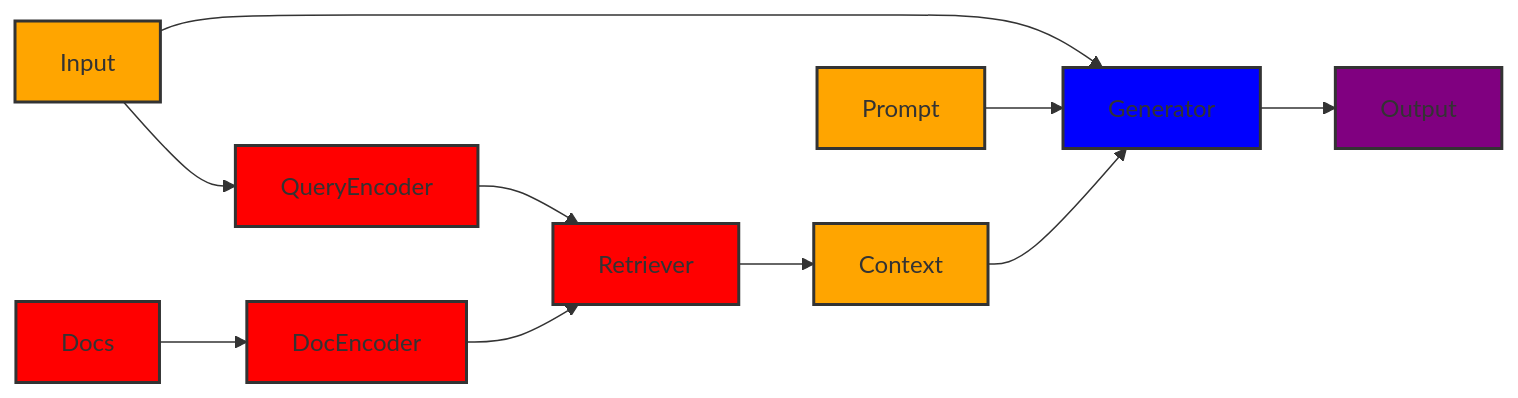
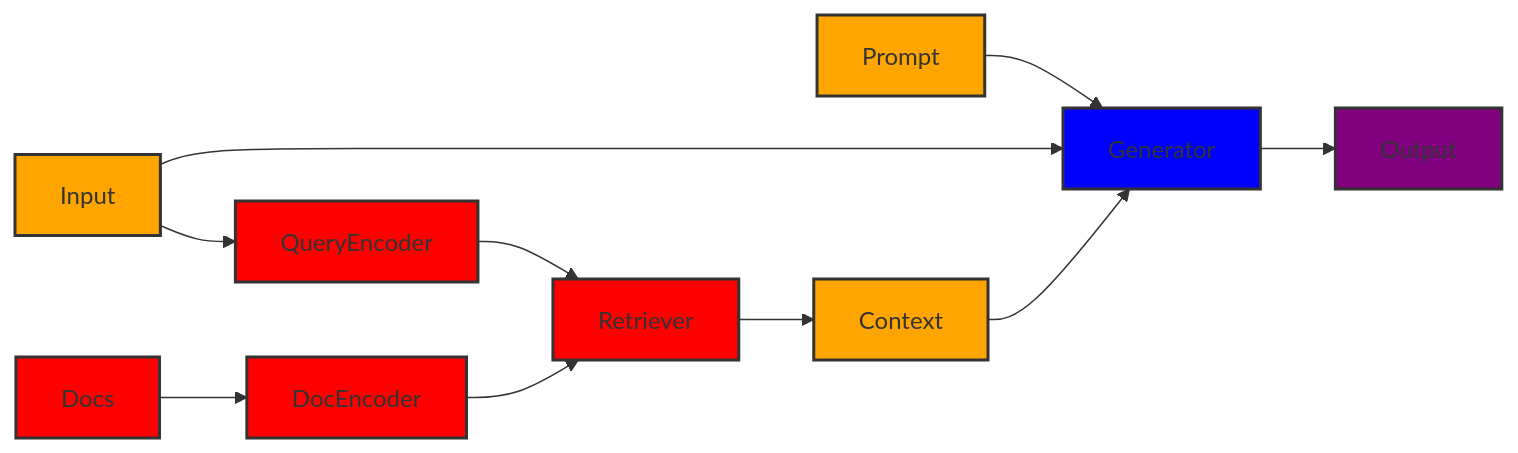
One commit to ianderrington/genai changed the second of 3 diagrams in docs/Understanding/agents/rag.md. Above: the diagram before and after it, drawn with Mermaid. The commit also changed other lines of this file, not shown here.

````diff
--- a/docs/Understanding/agents/rag.md
+++ b/docs/Understanding/agents/rag.md
@@ -27,24 +27,24 @@
 ```mermaid
 graph LR
     style Docs fill:#FF0000,stroke:#333,stroke-width:2px
     style QueryEncoder fill:#FF0000,stroke:#333,stroke-width:2px
     style DocEncoder fill:#FF0000,stroke:#333,stroke-width:2px
     style Retriever fill:#FF0000,stroke:#333,stroke-width:2px
     style Input fill:#FFA500,stroke:#333,stroke-width:2px
     style Prompt fill:#FFA500,stroke:#333,stroke-width:2px
     style Context fill:#FFA500,stroke:#333,stroke-width:2px
     style Generator fill:#0000FF,stroke:#333,stroke-width:2px
     style Output fill:#800080,stroke:#333,stroke-width:2px
 
     QueryEncoder --> Retriever
+    Prompt --> Generator
     Input --> Generator
     Input --> QueryEncoder
     Docs --> DocEncoder
     DocEncoder --> Retriever
     
     Retriever --> Context
     
-    Prompt --> Generator
     Context --> Generator
     Generator --> Output
 ```
````
